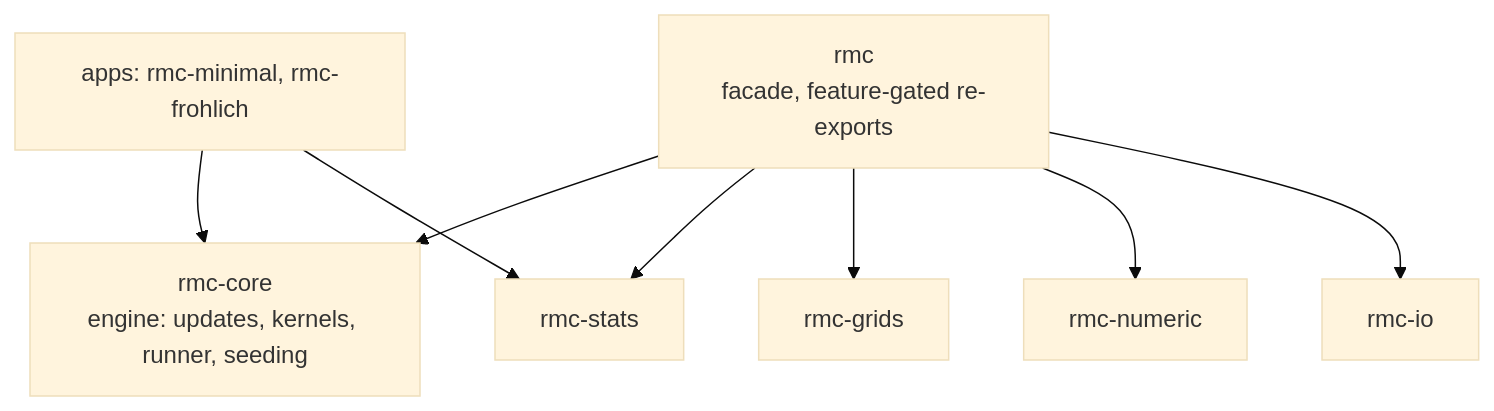
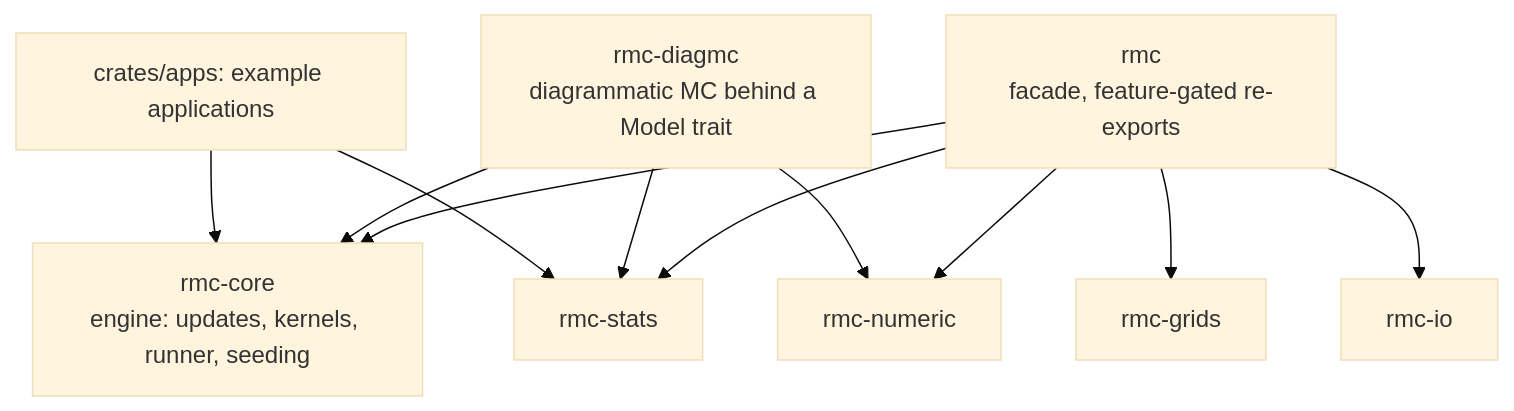
The first of 2 diagrams in README.md (samox73/IronMC), drawn with Mermaid (base theme) before and after one commit. The commit also changed other lines of this file and 25 other files, not shown here.

````diff
--- a/README.md
+++ b/README.md
@@ -32,18 +35,22 @@
 ```mermaid
 graph TD
     facade["rmc<br/>facade, feature-gated re-exports"]
     core["rmc-core<br/>engine: updates, kernels, runner, seeding"]
     stats["rmc-stats"]
     grids["rmc-grids"]
     numeric["rmc-numeric"]
     io["rmc-io"]
-    apps["apps: rmc-minimal, rmc-frohlich"]
+    diagmc["rmc-diagmc<br/>diagrammatic MC behind a Model trait"]
+    apps["crates/apps: example applications"]
 
     facade --> core
     facade --> stats
     facade --> grids
     facade --> numeric
     facade --> io
+    diagmc --> core
+    diagmc --> stats
+    diagmc --> numeric
     apps --> core
     apps --> stats
 ```
````
